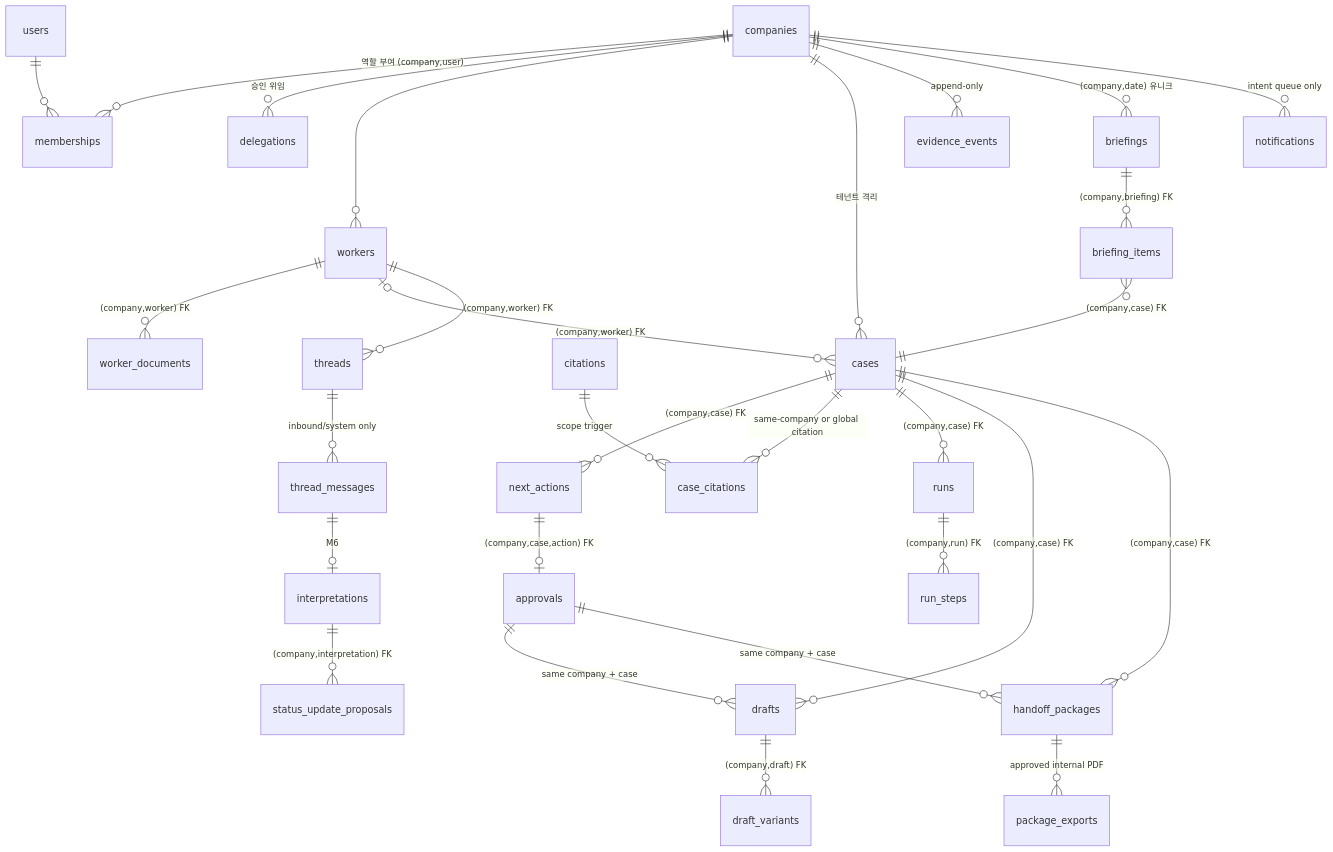
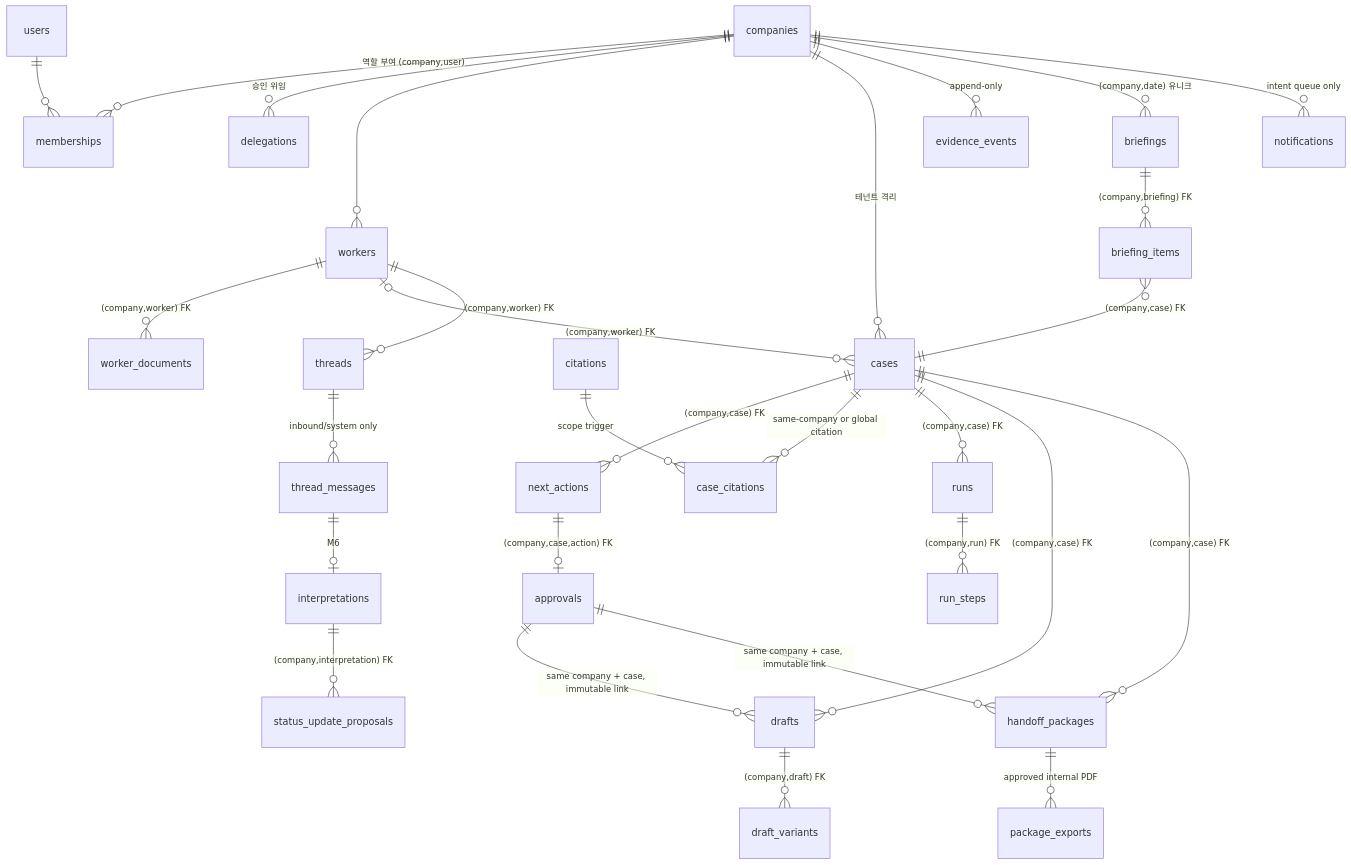
One commit to tayna99/oegobanjang changed the diagram in docs/DB_SCHEMA.md. Above: the diagram before and after it, drawn with Mermaid. The commit also changed other lines of this file and 56 other files, not shown here.

````diff
--- a/docs/DB_SCHEMA.md
+++ b/docs/DB_SCHEMA.md
@@ -66,31 +66,31 @@
 ```mermaid
 erDiagram
   companies ||--o{ memberships : "역할 부여 (company,user)"
   users ||--o{ memberships : ""
   companies ||--o{ delegations : "승인 위임"
   companies ||--o{ workers : ""
   workers ||--o{ worker_documents : "(company,worker) FK"
   companies ||--o{ cases : "테넌트 격리"
   workers |o--o{ cases : "(company,worker) FK"
   cases ||--o{ next_actions : "(company,case) FK"
   next_actions ||--o| approvals : "(company,case,action) FK"
   cases ||--o{ case_citations : "same-company or global citation"
   citations ||--o{ case_citations : "scope trigger"
   companies ||--o{ evidence_events : "append-only"
   cases ||--o{ runs : "(company,case) FK"
   runs ||--o{ run_steps : "(company,run) FK"
   cases ||--o{ drafts : "(company,case) FK"
-  approvals ||--o{ drafts : "same company + case"
+  approvals ||--o{ drafts : "same company + case, immutable link"
   drafts ||--o{ draft_variants : "(company,draft) FK"
   workers ||--o{ threads : "(company,worker) FK"
   threads ||--o{ thread_messages : "inbound/system only"
   thread_messages ||--o| interpretations : "M6"
   interpretations ||--o{ status_update_proposals : "(company,interpretation) FK"
   cases ||--o{ handoff_packages : "(company,case) FK"
-  approvals ||--o{ handoff_packages : "same company + case"
+  approvals ||--o{ handoff_packages : "same company + case, immutable link"
   handoff_packages ||--o{ package_exports : "approved internal PDF"
   companies ||--o{ briefings : "(company,date) 유니크"
   briefings ||--o{ briefing_items : "(company,briefing) FK"
   briefing_items }o--|| cases : "(company,case) FK"
   companies ||--o{ notifications : "intent queue only"
 ```
````
